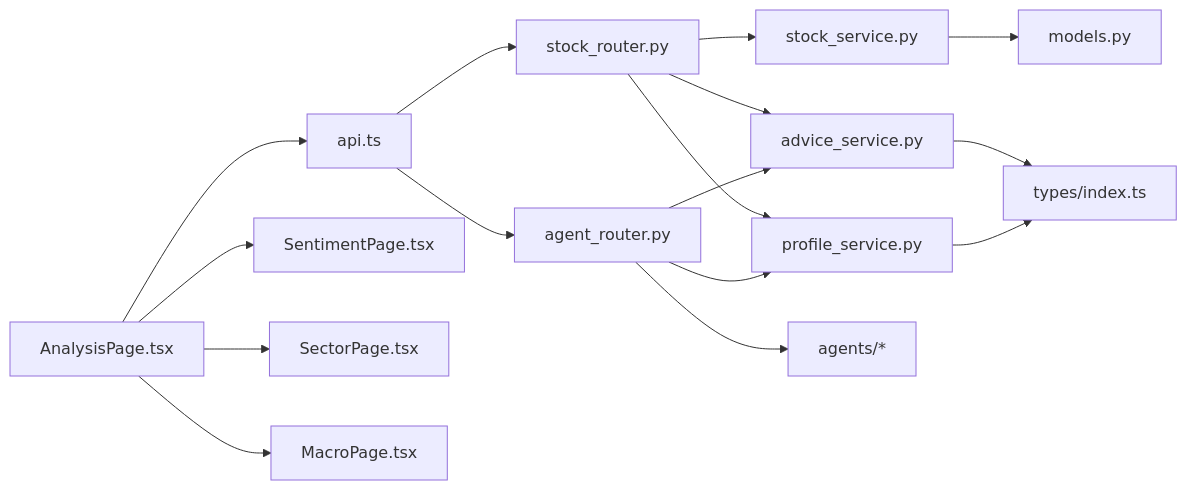
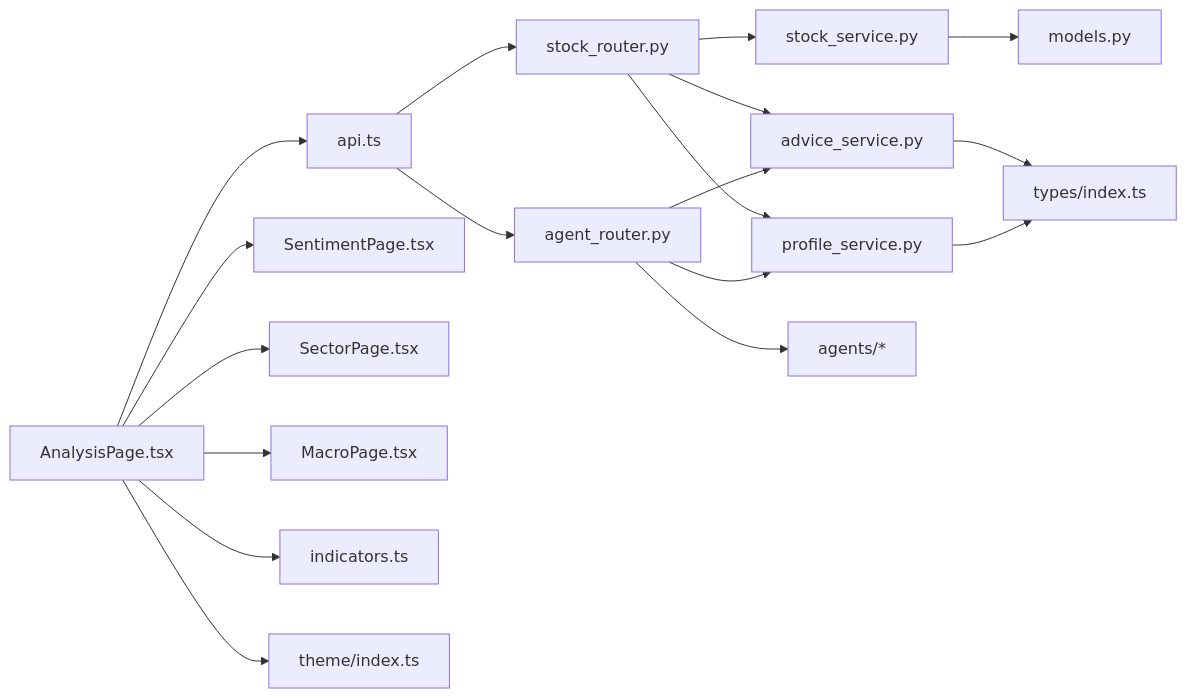
Before and after one commit to Moruime/stock_foker: diagram 11 of 11 in .qoder/repowiki/zh/content/核心功能/技术面分析系统/技术面分析系统.md, drawn with Mermaid. The commit also changed other lines of this file and 15 other files, not shown here.

````diff
--- a/.qoder/repowiki/zh/content/核心功能/技术面分析系统/技术面分析系统.md
+++ b/.qoder/repowiki/zh/content/核心功能/技术面分析系统/技术面分析系统.md
@@ -625,18 +706,20 @@
 ```mermaid
 graph LR
 Router["stock_router.py"] --> StockSvc["stock_service.py"]
 Router --> AdvSvc["advice_service.py"]
 Router --> ProfSvc["profile_service.py"]
 AgentRouter["agent_router.py"] --> AgentSvc["agents/*"]
 AgentRouter --> AdvSvc
 AgentRouter --> ProfSvc
 StockSvc --> DB["models.py"]
 AdvSvc --> Types["types/index.ts"]
 ProfSvc --> Types
 FE["AnalysisPage.tsx"] --> API["api.ts"]
 FE --> SentimentPage["SentimentPage.tsx"]
 FE --> SectorPage["SectorPage.tsx"]
 FE --> MacroPage["MacroPage.tsx"]
+FE --> Indicators["indicators.ts"]
+FE --> Theme["theme/index.ts"]
 API --> Router
 API --> AgentRouter
 ```
````
